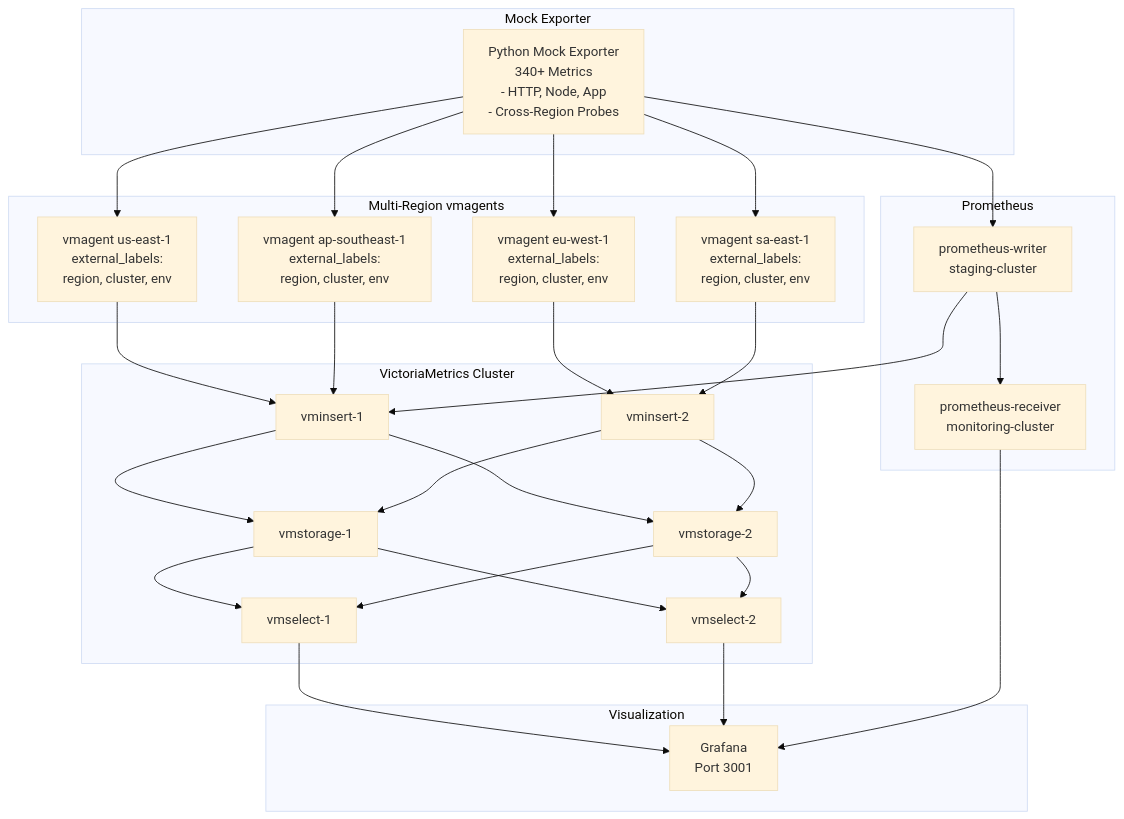
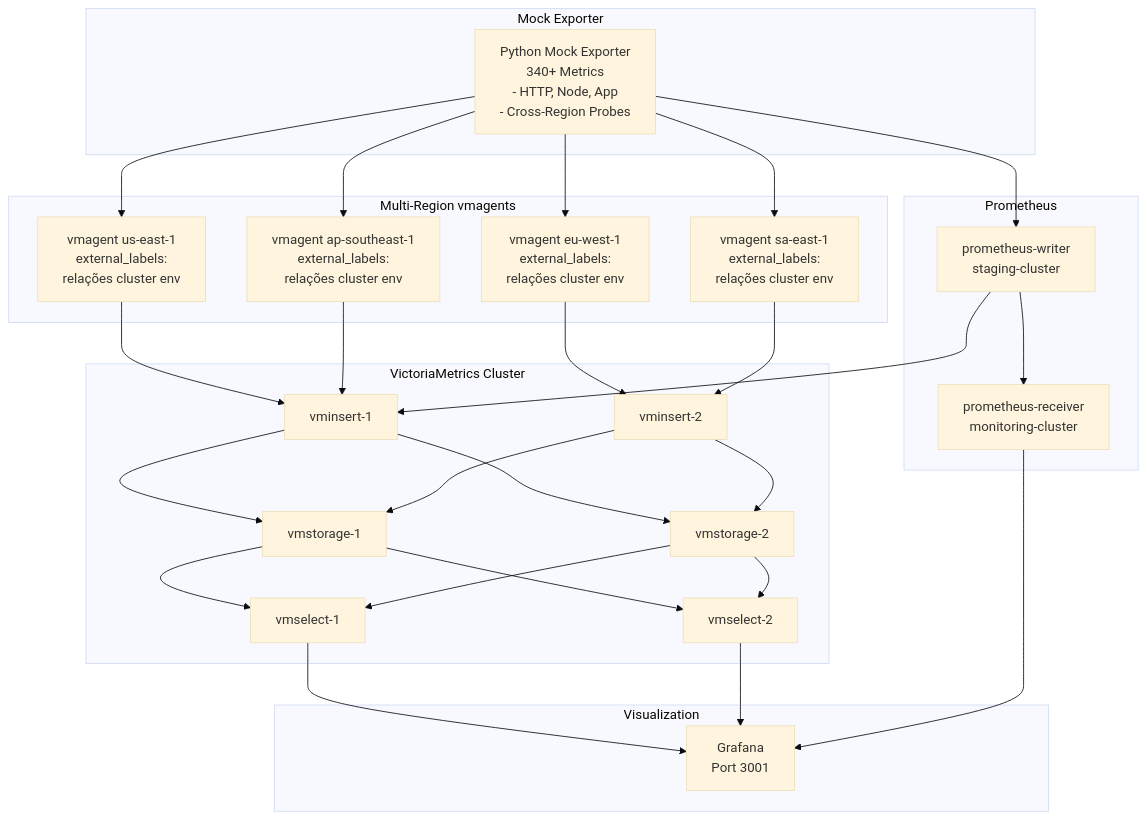
Before and after one commit to duyne-me/prom-remote-write: the diagram in README.md, drawn with Mermaid (base theme). The commit also changed other lines of this file and 8 other files, not shown here.

````diff
--- a/README.md
+++ b/README.md
@@ -7,44 +7,44 @@
 ```mermaid
 graph TB
     subgraph "Mock Exporter"
         ME[Python Mock Exporter<br/>340+ Metrics<br/>- HTTP, Node, App<br/>- Cross-Region Probes]
     end
     
     subgraph "Multi-Region vmagents"
-        VMA1[vmagent us-east-1<br/>external_labels:<br/>region, cluster, env]
-        VMA2[vmagent eu-west-1<br/>external_labels:<br/>region, cluster, env]
-        VMA3[vmagent ap-southeast-1<br/>external_labels:<br/>region, cluster, env]
-        VMA4[vmagent sa-east-1<br/>external_labels:<br/>region, cluster, env]
+        VMA1[vmagent us-east-1<br/>external_labels:<br/> relações cluster env]
+        VMA2[vmagent eu-west-1<br/>external_labels:<br/> relações cluster env]
+        VMA3[vmagent ap-southeast-1<br/>external_labels:<br/> relações cluster env]
+        VMA4[vmagent sa-east-1<br/>external_labels:<br/> relações cluster env]
     end
     
     subgraph "VictoriaMetrics Cluster"
         VMI1[vminsert-1]
         VMI2[vminsert-2]
         VMS1[vmselect-1]
         VMS2[vmselect-2]
         VMST1[vmstorage-1]
         VMST2[vmstorage-2]
     end
     
     subgraph "Prometheus"
         PW[prometheus-writer<br/>staging-cluster]
         PR[prometheus-receiver<br/>monitoring-cluster]
     end
     
     subgraph "Visualization"
         G[Grafana<br/>Port 3001]
     end
     
     ME --> VMA1 & VMA2 & VMA3 & VMA4 & PW
     
     VMA1 & VMA3 --> VMI1
     VMA2 & VMA4 --> VMI2
     PW --> VMI1
     PW --> PR
     
     VMI1 & VMI2 --> VMST1 & VMST2
     VMST1 & VMST2 --> VMS1 & VMS2
     
     VMS1 & VMS2 --> G
     PR --> G
 ```
````
